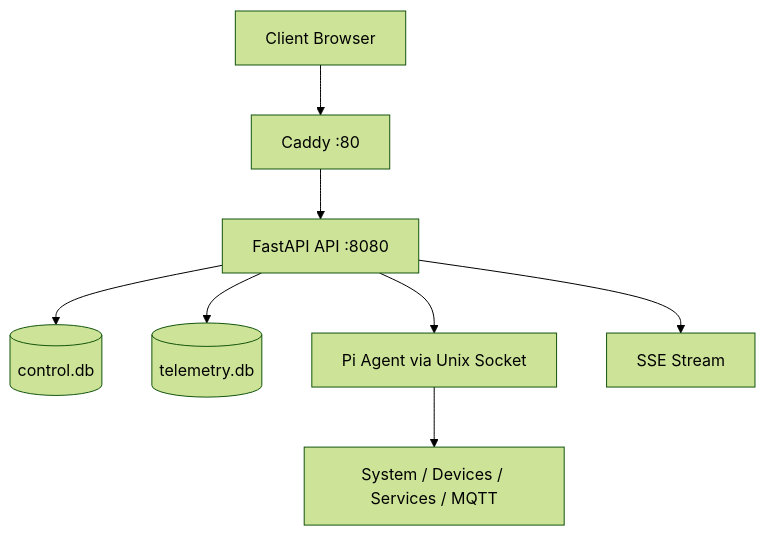
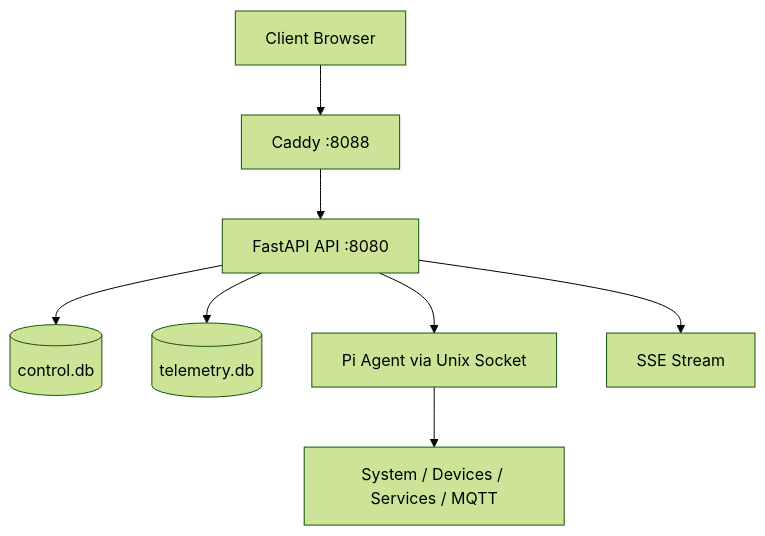
Before and after one commit to BGirginn/rasp_pi_webUI: the second of 2 diagrams in README.md, drawn with Mermaid (forest theme). The commit also changed other lines of this file and 9 other files, not shown here.

````diff
--- a/README.md
+++ b/README.md
@@ -375,10 +402,10 @@
 ```mermaid
 flowchart TD
-    A[Client Browser] --> B[Caddy :80]
+    A[Client Browser] --> B[Caddy :8088]
     B --> C[FastAPI API :8080]
     C --> D[(control.db)]
     C --> E[(telemetry.db)]
     C --> F[Pi Agent via Unix Socket]
     C --> G[SSE Stream]
     F --> H[System / Devices / Services / MQTT]
 ```
````
